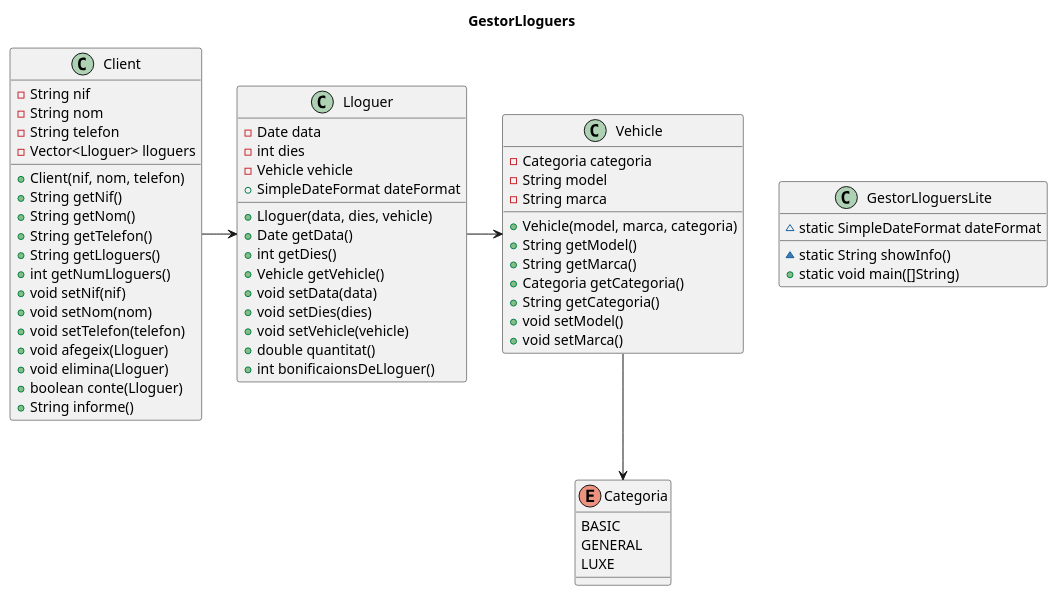
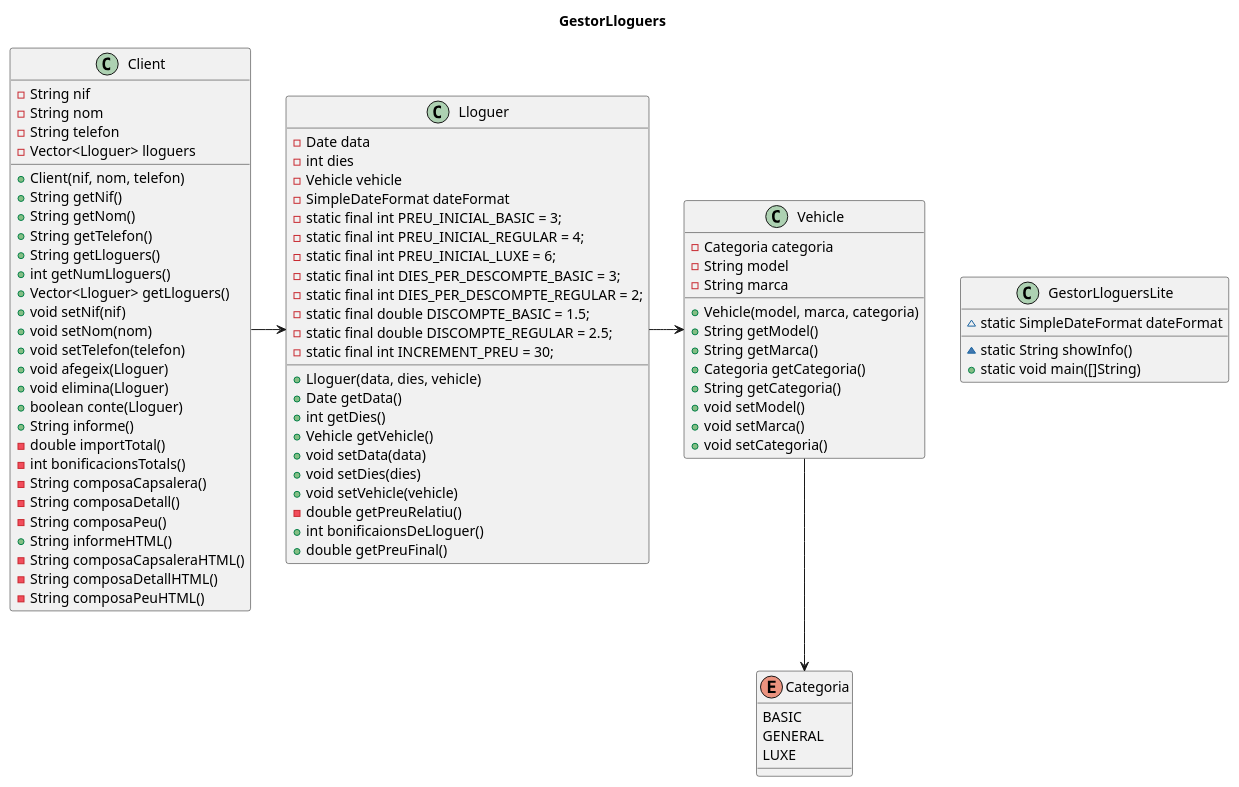
Before and after one commit to cf18alejandroquiroga/ExcercisiM5: the diagram in Exercicis/Doc/Exercici 9.puml, drawn with PlantUML. The commit also changed 2 other files, not shown here.

Commit message:
"Exercici 22" done, final commit

```diff
--- a/Exercicis/Doc/Exercici 9.puml
+++ b/Exercicis/Doc/Exercici 9.puml
@@ -1,67 +1,86 @@
 @startuml
 
 title GestorLloguers
 
 class Client{
     - String nif
     - String nom
     - String telefon
     - Vector<Lloguer> lloguers
     + Client(nif, nom, telefon)
     + String getNif()
     + String getNom()
     + String getTelefon()
     + String getLloguers()
     + int getNumLloguers()
+    + Vector<Lloguer> getLloguers()
     + void setNif(nif)
     + void setNom(nom)
     + void setTelefon(telefon)
     + void afegeix(Lloguer)
     + void elimina(Lloguer)
     + boolean conte(Lloguer)
     + String informe()
-
+    - double importTotal()
+    - int bonificacionsTotals()
+    - String composaCapsalera()
+    - String composaDetall()
+    - String composaPeu()
+    + String informeHTML()
+    - String composaCapsaleraHTML()
+    - String composaDetallHTML()
+    - String composaPeuHTML()
 }
 class Vehicle{
     - Categoria categoria
     - String model
     - String marca
     + Vehicle(model, marca, categoria)
     + String getModel()
     + String getMarca()
     + Categoria getCategoria()
     + String getCategoria()
     + void setModel()
     + void setMarca()
+    + void setCategoria()
 }
 class Lloguer{
     - Date data
     - int dies
     - Vehicle vehicle
-    + SimpleDateFormat dateFormat
+    - SimpleDateFormat dateFormat
+    - static final int PREU_INICIAL_BASIC = 3;
+    - static final int PREU_INICIAL_REGULAR = 4;
+    - static final int PREU_INICIAL_LUXE = 6;
+    - static final int DIES_PER_DESCOMPTE_BASIC = 3;
+    - static final int DIES_PER_DESCOMPTE_REGULAR = 2;
+    - static final double DISCOMPTE_BASIC = 1.5;
+    - static final double DISCOMPTE_REGULAR = 2.5;
+    - static final int INCREMENT_PREU = 30;
     + Lloguer(data, dies, vehicle)
     + Date getData()
     + int getDies()
     + Vehicle getVehicle()
     + void setData(data)
     + void setDies(dies)
     + void setVehicle(vehicle)
-    + double quantitat()
+    - double getPreuRelatiu()
     + int bonificaionsDeLloguer()
+    + double getPreuFinal()
 }
 class GestorLloguersLite{
     ~ static SimpleDateFormat dateFormat
     ~ static String showInfo()
     + static void main([]String)
 }
 enum Categoria {
     BASIC
     GENERAL
     LUXE
 }
 
 Client -> Lloguer
 Lloguer -> Vehicle
 Vehicle --> Categoria
 
 @enduml
```
